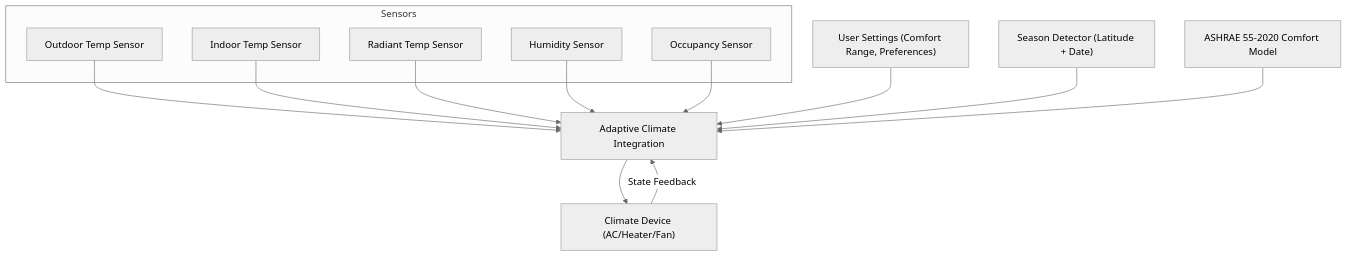
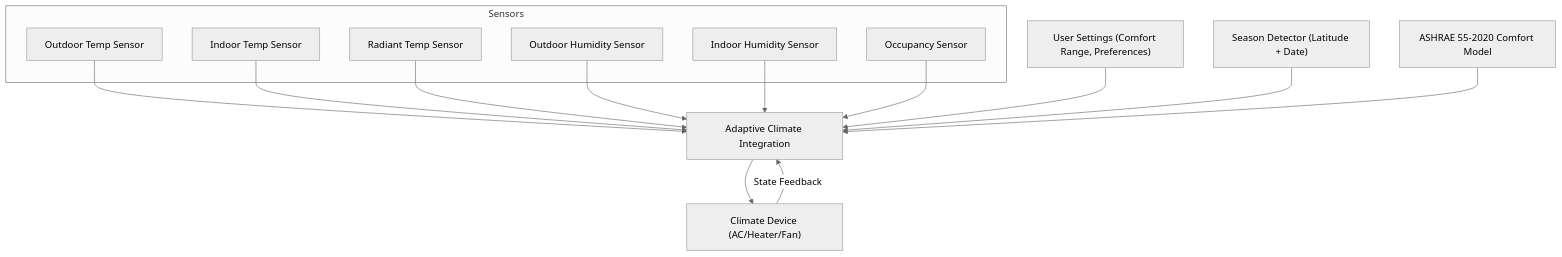
The diagram in README.md (msinhore/adaptive_climate), drawn with Mermaid (neutral theme) before and after one commit. The commit also changed other lines of this file, not shown here.

````diff
--- a/README.md
+++ b/README.md
@@ -148,26 +148,28 @@
 ```mermaid
 graph TD
     subgraph Sensors
         OUT["Outdoor Temp Sensor"]
         IN["Indoor Temp Sensor"]
         RAD["Radiant Temp Sensor"]
-        HUM["Humidity Sensor"]
+        OUT_HUM["Outdoor Humidity Sensor"]
+        IN_HUM["Indoor Humidity Sensor"]
         OCC["Occupancy Sensor"]
     end
     USER["User Settings (Comfort Range, Preferences)"]
     SEASON["Season Detector (Latitude + Date)"]
     ASHRAE["ASHRAE 55-2020 Comfort Model"]
     AC["Climate Device (AC/Heater/Fan)"]
     HA["Adaptive Climate Integration"]
 
     OUT --> HA
     IN --> HA
     RAD --> HA
-    HUM --> HA
+    OUT_HUM --> HA
+    IN_HUM --> HA
     OCC --> HA
     USER --> HA
     SEASON --> HA
     ASHRAE --> HA
     HA --> AC
     AC -- "State Feedback" --> HA
 ```
````
